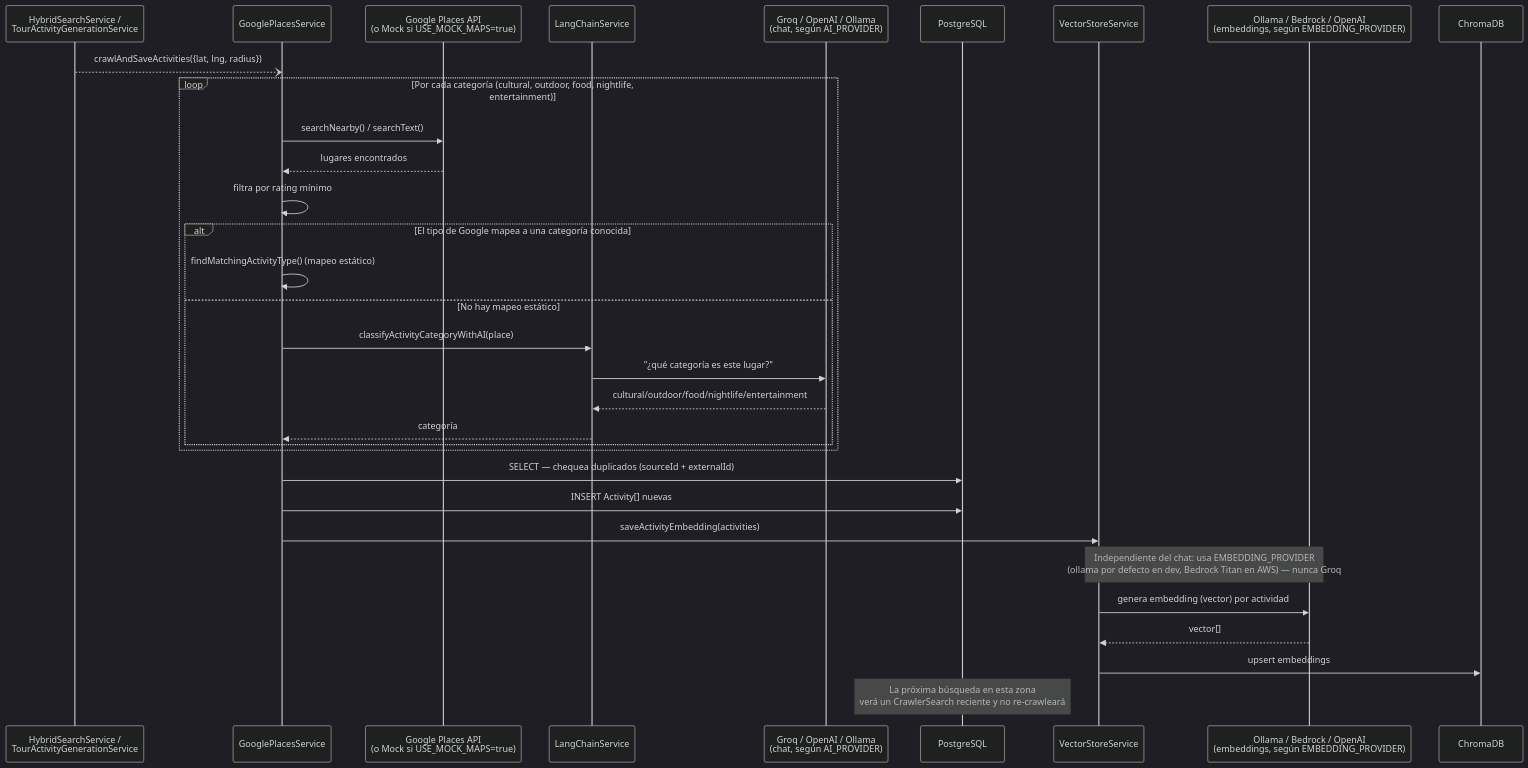
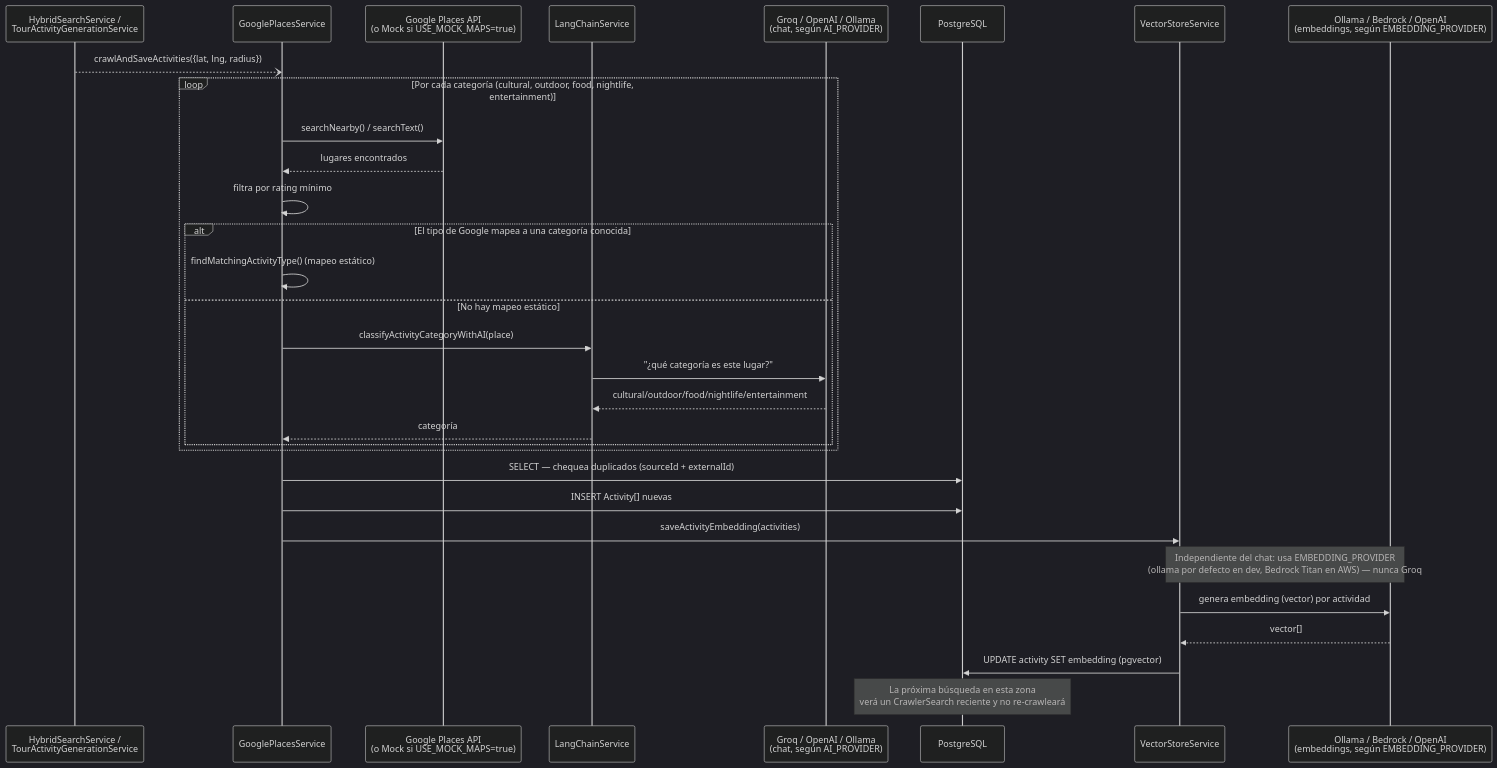
One commit to entity-builders-labs/zig-zag changed the fourth of 5 diagrams in README.md. Above: the diagram before and after it, drawn with Mermaid (dark theme). The commit also changed other lines of this file and 36 other files, not shown here.

First line of the commit message:
feat(be,infra): replace ChromaDB with pgvector for activity embeddings (#6)

````diff
--- a/README.md
+++ b/README.md
@@ -163,35 +160,34 @@
 ```mermaid
 sequenceDiagram
     participant Caller as HybridSearchService /<br/>TourActivityGenerationService
     participant GP as GooglePlacesService
     participant GMaps as Google Places API<br/>(o Mock si USE_MOCK_MAPS=true)
     participant AI as LangChainService
     participant ChatLLM as Groq / OpenAI / Ollama<br/>(chat, según AI_PROVIDER)
     participant DB as PostgreSQL
     participant Vec as VectorStoreService
     participant EmbedLLM as Ollama / Bedrock / OpenAI<br/>(embeddings, según EMBEDDING_PROVIDER)
-    participant Chroma as ChromaDB
 
     Caller--)GP: crawlAndSaveActivities({lat, lng, radius})
     loop Por cada categoría (cultural, outdoor, food, nightlife, entertainment)
         GP->>GMaps: searchNearby() / searchText()
         GMaps-->>GP: lugares encontrados
         GP->>GP: filtra por rating mínimo
         alt El tipo de Google mapea a una categoría conocida
             GP->>GP: findMatchingActivityType() (mapeo estático)
         else No hay mapeo estático
             GP->>AI: classifyActivityCategoryWithAI(place)
             AI->>ChatLLM: "¿qué categoría es este lugar?"
             ChatLLM-->>AI: cultural/outdoor/food/nightlife/entertainment
             AI-->>GP: categoría
         end
     end
     GP->>DB: SELECT — chequea duplicados (sourceId + externalId)
     GP->>DB: INSERT Activity[] nuevas
     GP->>Vec: saveActivityEmbedding(activities)
     Note over Vec,EmbedLLM: Independiente del chat: usa EMBEDDING_PROVIDER<br/>(ollama por defecto en dev, Bedrock Titan en AWS) — nunca Groq
     Vec->>EmbedLLM: genera embedding (vector) por actividad
     EmbedLLM-->>Vec: vector[]
-    Vec->>Chroma: upsert embeddings
+    Vec->>DB: UPDATE activity SET embedding (pgvector)
     Note over DB: La próxima búsqueda en esta zona<br/>verá un CrawlerSearch reciente y no re-crawleará
 ```
````
